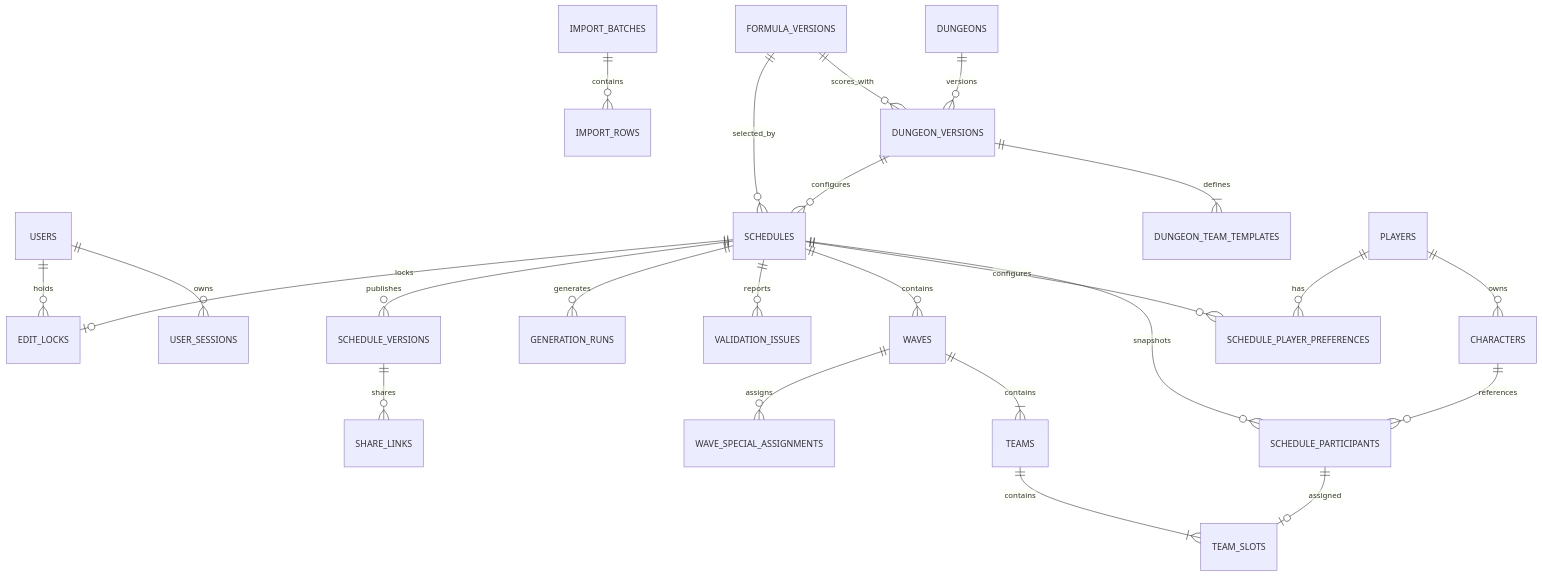
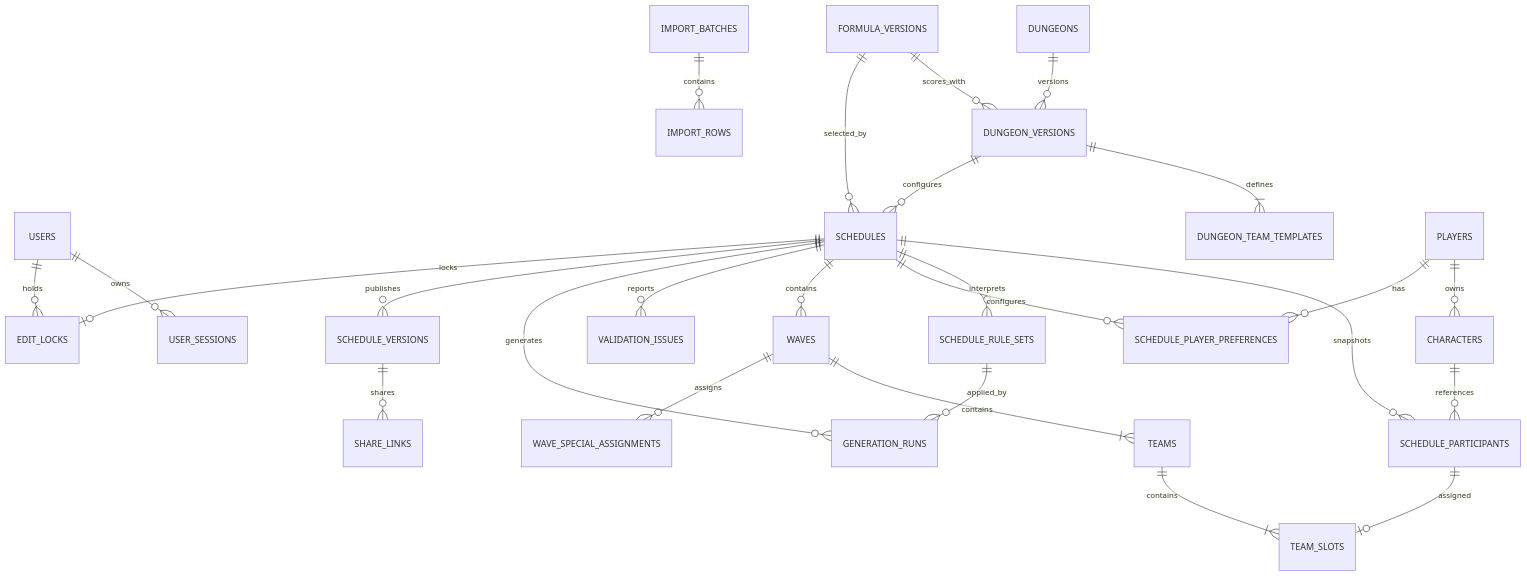
One commit to haonange1314/dnf-leader-tool changed the second of 4 diagrams in docs/technical-design.md. Above: the diagram before and after it, drawn with Mermaid. The commit also changed other lines of this file and 16 other files, not shown here.

````diff
--- a/docs/technical-design.md
+++ b/docs/technical-design.md
@@ -350,26 +377,28 @@
 ```mermaid
 erDiagram
     USERS ||--o{ USER_SESSIONS : owns
     DUNGEONS ||--o{ DUNGEON_VERSIONS : versions
     DUNGEON_VERSIONS ||--|{ DUNGEON_TEAM_TEMPLATES : defines
     DUNGEON_VERSIONS ||--o{ SCHEDULES : configures
     FORMULA_VERSIONS ||--o{ DUNGEON_VERSIONS : scores_with
     PLAYERS ||--o{ CHARACTERS : owns
     FORMULA_VERSIONS ||--o{ SCHEDULES : selected_by
     SCHEDULES ||--o{ SCHEDULE_PARTICIPANTS : snapshots
+    SCHEDULES ||--o{ SCHEDULE_RULE_SETS : interprets
+    SCHEDULE_RULE_SETS ||--o{ GENERATION_RUNS : applied_by
     CHARACTERS ||--o{ SCHEDULE_PARTICIPANTS : references
     SCHEDULES ||--o{ SCHEDULE_PLAYER_PREFERENCES : configures
     PLAYERS ||--o{ SCHEDULE_PLAYER_PREFERENCES : has
     SCHEDULES ||--o{ WAVES : contains
     WAVES ||--|{ TEAMS : contains
     WAVES ||--o{ WAVE_SPECIAL_ASSIGNMENTS : assigns
     TEAMS ||--|{ TEAM_SLOTS : contains
     SCHEDULE_PARTICIPANTS ||--o| TEAM_SLOTS : assigned
     SCHEDULES ||--o{ VALIDATION_ISSUES : reports
     SCHEDULES ||--o{ GENERATION_RUNS : generates
     SCHEDULES ||--o{ SCHEDULE_VERSIONS : publishes
     SCHEDULE_VERSIONS ||--o{ SHARE_LINKS : shares
     SCHEDULES ||--o| EDIT_LOCKS : locks
     USERS ||--o{ EDIT_LOCKS : holds
     IMPORT_BATCHES ||--o{ IMPORT_ROWS : contains
 ```
````
